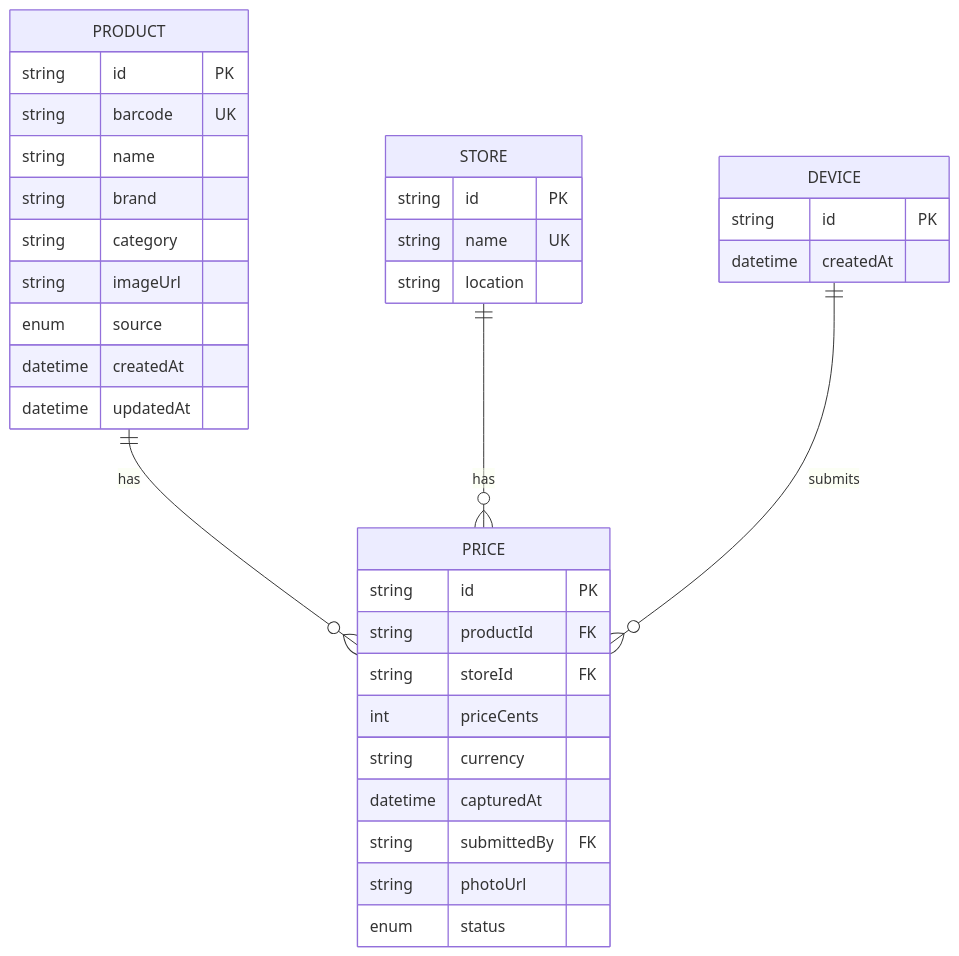
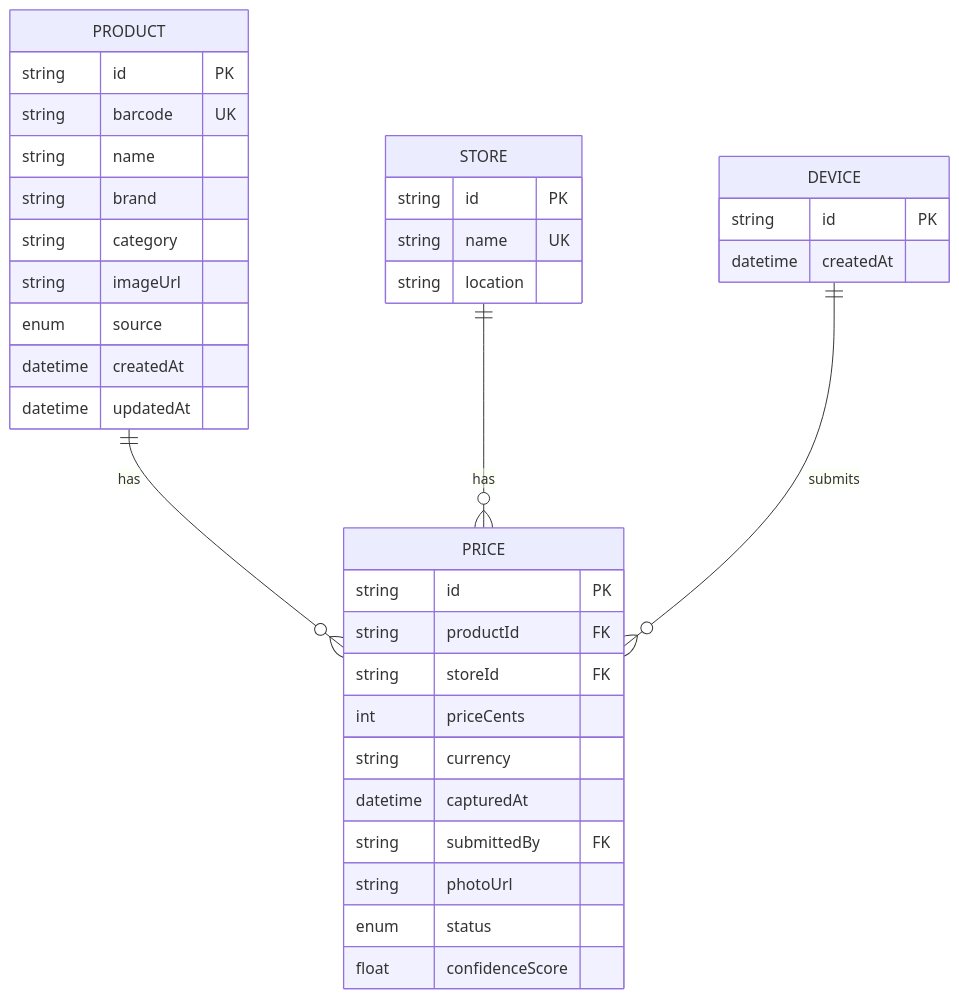
Before and after one commit to ee02217/ListaCerta: the diagram in apps/api/README.md, drawn with Mermaid. The commit also changed other lines of this file and 11 other files, not shown here.

````diff
--- a/apps/api/README.md
+++ b/apps/api/README.md
@@ -65,41 +66,42 @@
 ```mermaid
 erDiagram
   PRODUCT ||--o{ PRICE : has
   STORE ||--o{ PRICE : has
   DEVICE ||--o{ PRICE : submits
 
   PRODUCT {
     string id PK
     string barcode UK
     string name
     string brand
     string category
     string imageUrl
     enum source
     datetime createdAt
     datetime updatedAt
   }
 
   STORE {
     string id PK
     string name UK
     string location
   }
 
   PRICE {
     string id PK
     string productId FK
     string storeId FK
     int priceCents
     string currency
     datetime capturedAt
     string submittedBy FK
     string photoUrl
     enum status
+    float confidenceScore
   }
 
   DEVICE {
     string id PK
     datetime createdAt
   }
 ```
````
